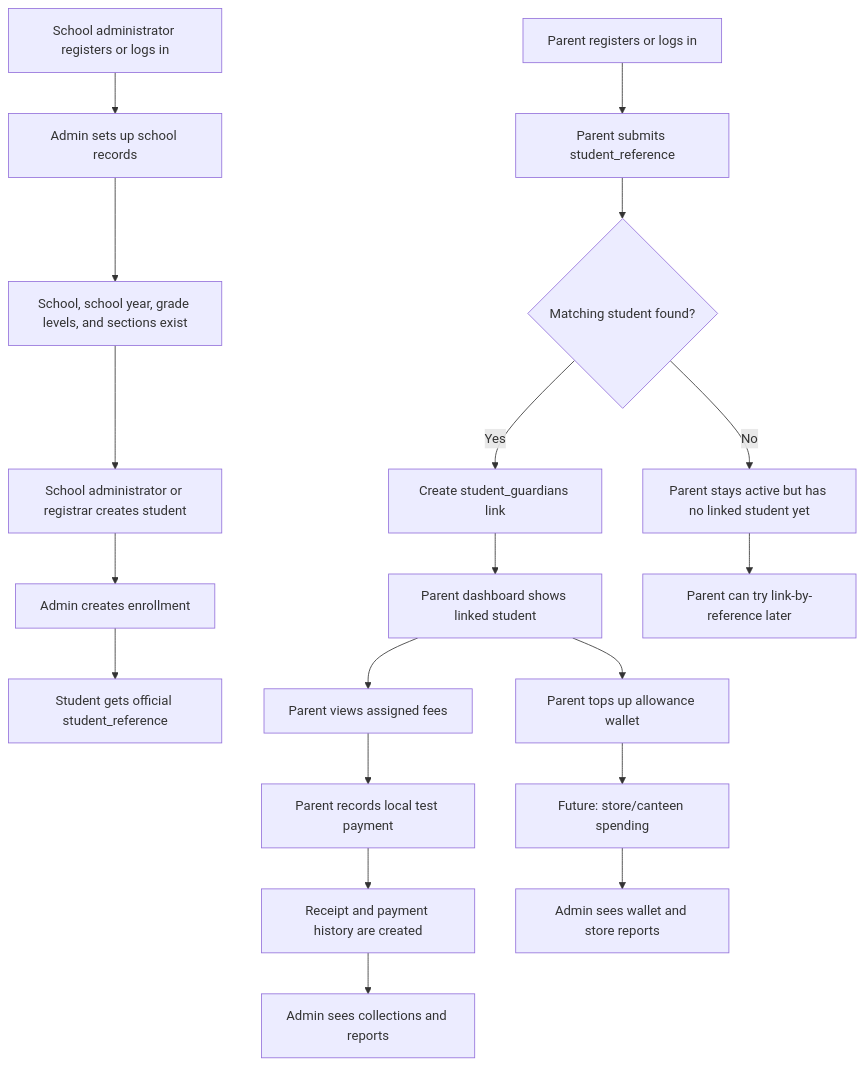
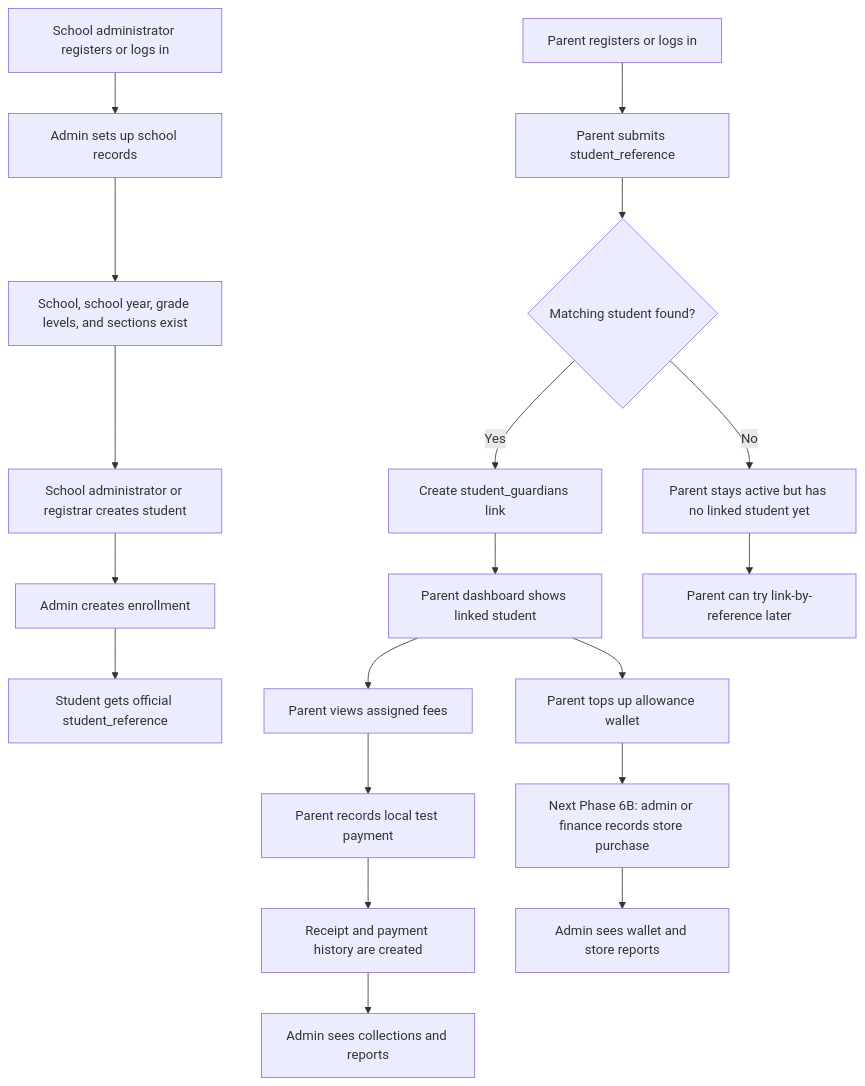
One commit to Xeyn19/xmetapay changed the first of 14 diagrams in docs/PROJECT_FLOWCHARTS.md. Above: the diagram before and after it, drawn with Mermaid. The commit also changed other lines of this file and 5 other files, not shown here.

````diff
--- a/docs/PROJECT_FLOWCHARTS.md
+++ b/docs/PROJECT_FLOWCHARTS.md
@@ -63,24 +62,24 @@
 ```mermaid
 flowchart TD
   A["School administrator registers or logs in"] --> B["Admin sets up school records"]
   B --> C["School, school year, grade levels, and sections exist"]
   C --> D["School administrator or registrar creates student"]
   D --> E["Admin creates enrollment"]
   E --> F["Student gets official student_reference"]
 
   G["Parent registers or logs in"] --> H["Parent submits student_reference"]
   H --> I{"Matching student found?"}
   I -->|Yes| J["Create student_guardians link"]
   I -->|No| K["Parent stays active but has no linked student yet"]
   J --> L["Parent dashboard shows linked student"]
   K --> M["Parent can try link-by-reference later"]
 
   L --> N["Parent views assigned fees"]
   N --> O["Parent records local test payment"]
   O --> P["Receipt and payment history are created"]
   L --> Q["Parent tops up allowance wallet"]
-  Q --> R["Future: store/canteen spending"]
+  Q --> R["Next Phase 6B: admin or finance records store purchase"]
 
   P --> S["Admin sees collections and reports"]
   R --> T["Admin sees wallet and store reports"]
 ```
````
